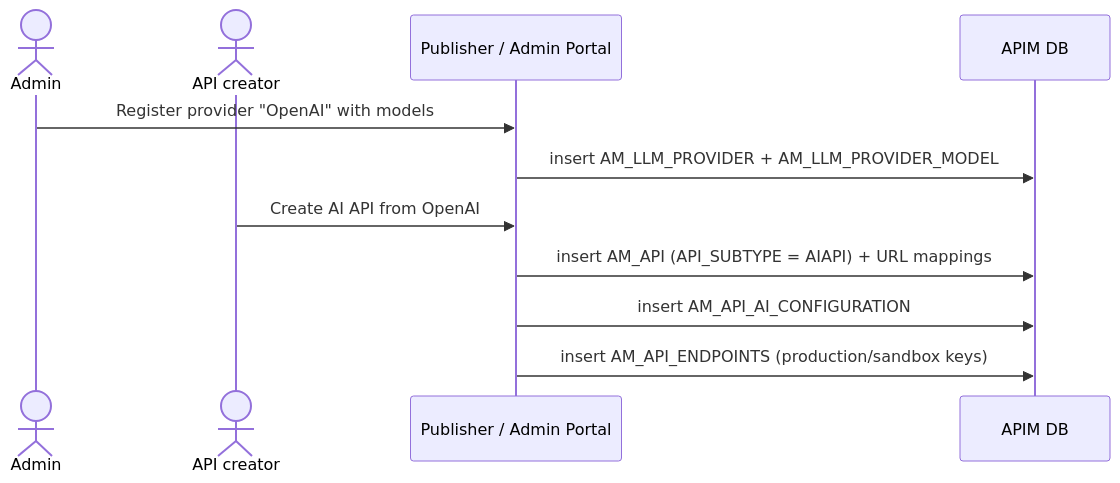
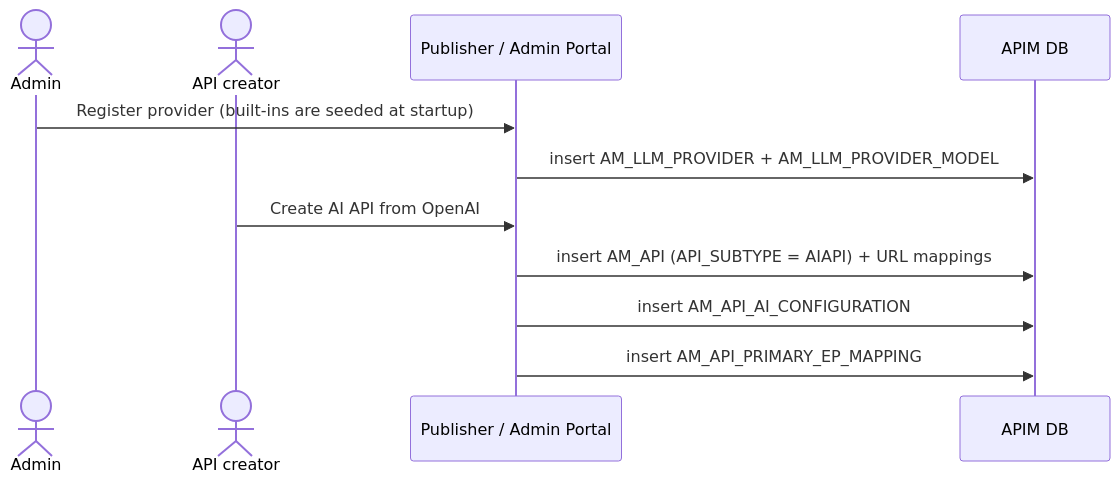
One commit to SaviNimz/apim-db-docs changed the second of 2 diagrams in docs/apim-4/flows/15-ai-api.md. Above: the diagram before and after it, drawn with Mermaid. The commit also changed other lines of this file and 55 other files, not shown here.

First line of the commit message:
Verify all core flows against running 3.2.0 and 4.7.0 servers

````diff
--- a/docs/apim-4/flows/15-ai-api.md
+++ b/docs/apim-4/flows/15-ai-api.md
@@ -24,13 +34,13 @@
 ```mermaid
 sequenceDiagram
     actor Admin
     actor Creator as API creator
     participant Pub as Publisher / Admin Portal
     participant DB as APIM DB
-    Admin->>Pub: Register provider "OpenAI" with models
+    Admin->>Pub: Register provider (built-ins are seeded at startup)
     Pub->>DB: insert AM_LLM_PROVIDER + AM_LLM_PROVIDER_MODEL
     Creator->>Pub: Create AI API from OpenAI
     Pub->>DB: insert AM_API (API_SUBTYPE = AIAPI) + URL mappings
     Pub->>DB: insert AM_API_AI_CONFIGURATION
-    Pub->>DB: insert AM_API_ENDPOINTS (production/sandbox keys)
+    Pub->>DB: insert AM_API_PRIMARY_EP_MAPPING
 ```
````
